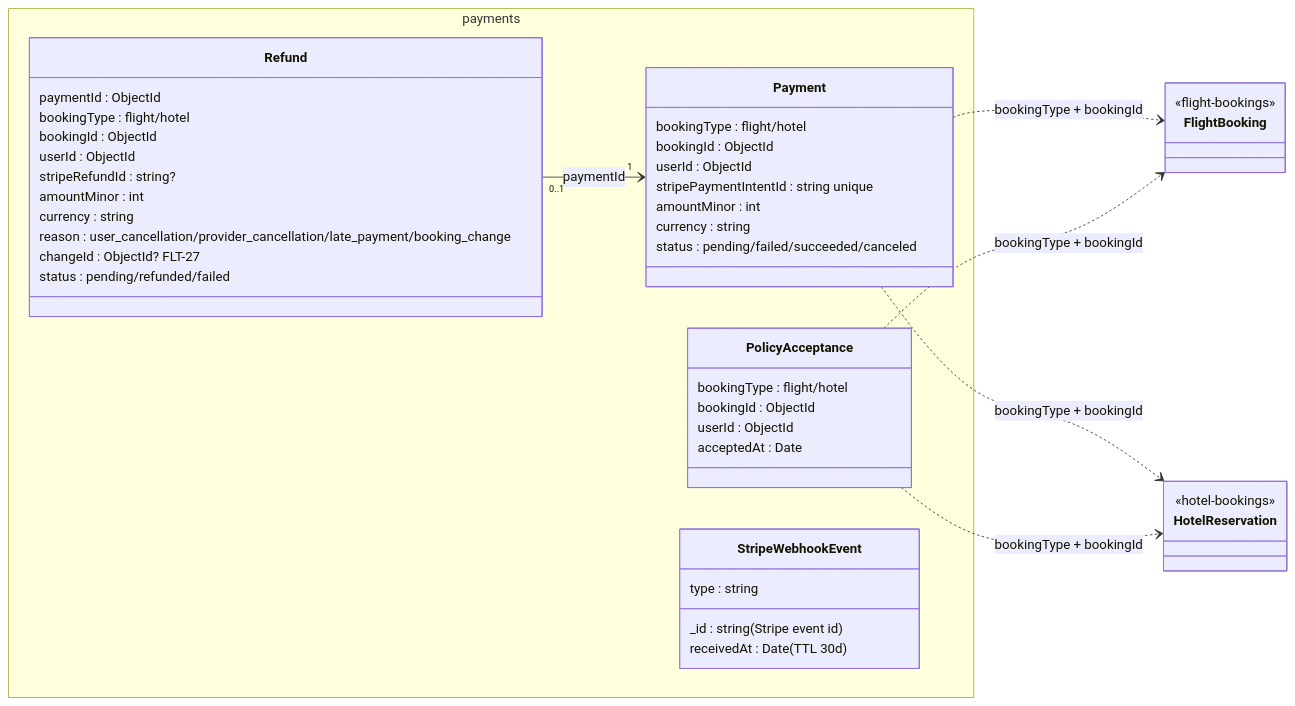
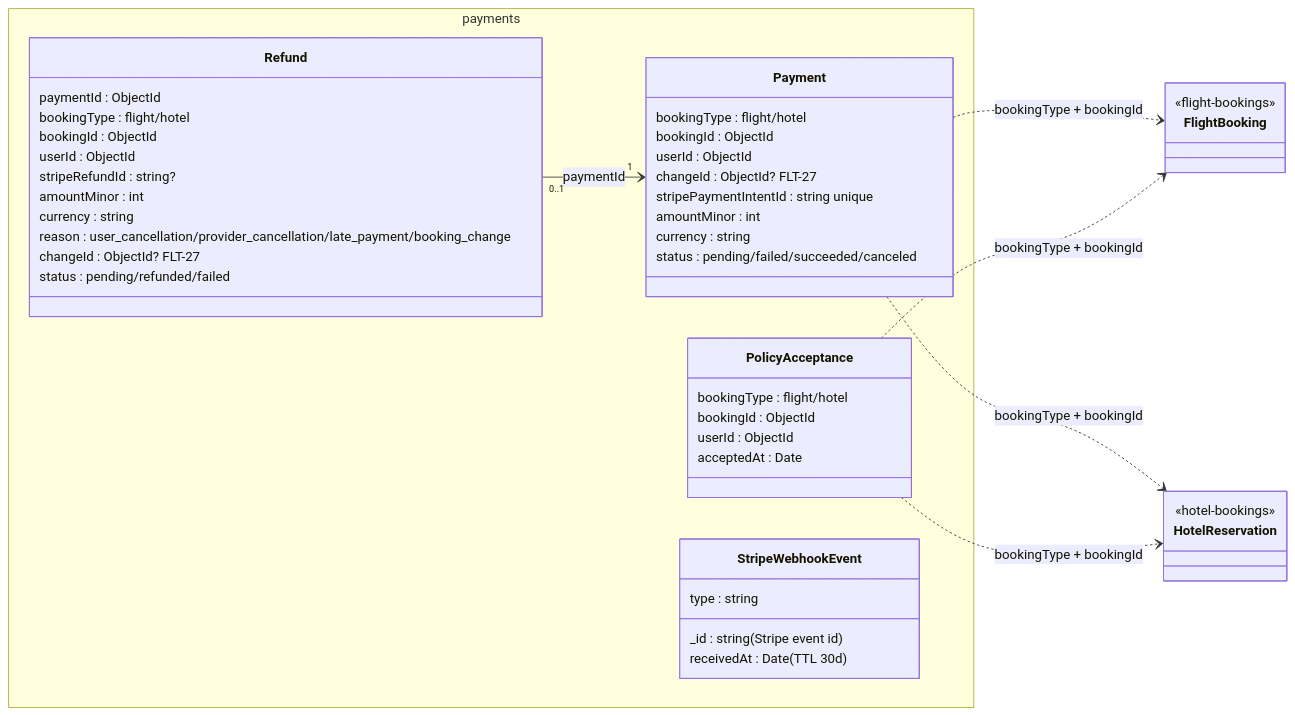
One commit to Host173/Man2o4ah changed the fifth of 7 diagrams in docs/database/class-diagrams.md. Above: the diagram before and after it, drawn with Mermaid. The commit also changed 12 other files, not shown here.

````diff
--- a/docs/database/class-diagrams.md
+++ b/docs/database/class-diagrams.md
@@ -392,49 +392,50 @@
 ```mermaid
 classDiagram
   direction LR
   namespace payments {
     class Payment {
       bookingType : flight/hotel
       bookingId : ObjectId
       userId : ObjectId
+      changeId : ObjectId? FLT-27
       stripePaymentIntentId : string unique
       amountMinor : int
       currency : string
       status : pending/failed/succeeded/canceled
     }
     class Refund {
       paymentId : ObjectId
       bookingType : flight/hotel
       bookingId : ObjectId
       userId : ObjectId
       stripeRefundId : string?
       amountMinor : int
       currency : string
       reason : user_cancellation/provider_cancellation/late_payment/booking_change
       changeId : ObjectId? FLT-27
       status : pending/refunded/failed
     }
     class PolicyAcceptance {
       bookingType : flight/hotel
       bookingId : ObjectId
       userId : ObjectId
       acceptedAt : Date
     }
     class StripeWebhookEvent {
       _id : string (Stripe event id)
       type : string
       receivedAt : Date (TTL 30d)
     }
   }
   class FlightBooking {
     <<flight-bookings>>
   }
   class HotelReservation {
     <<hotel-bookings>>
   }
   Refund "0..1" --> "1" Payment : paymentId
   Payment ..> FlightBooking : bookingType + bookingId
   Payment ..> HotelReservation : bookingType + bookingId
   PolicyAcceptance ..> FlightBooking : bookingType + bookingId
   PolicyAcceptance ..> HotelReservation : bookingType + bookingId
 ```
````
